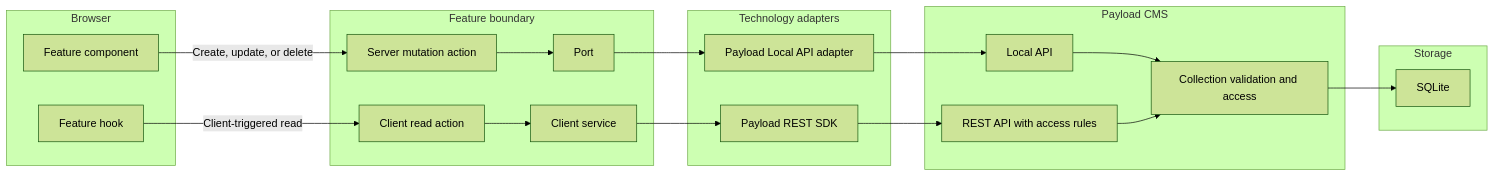
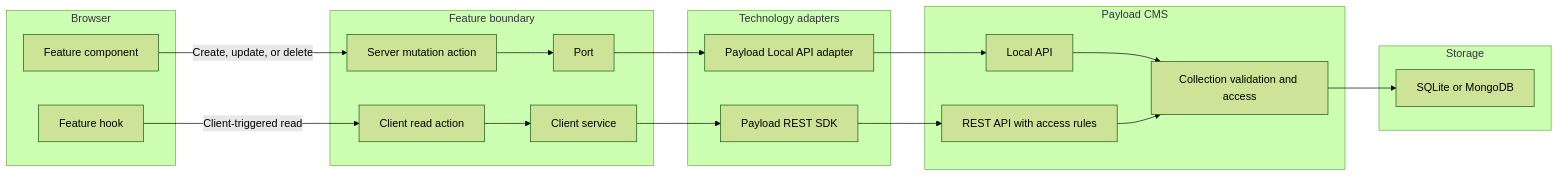
One commit to MubassirSapa/WayFinder changed the second of 6 diagrams in docs/technical/APPLICATION_ARCHITECTURE.md. Above: the diagram before and after it, drawn with Mermaid (forest theme). The commit also changed other lines of this file and 9 other files, not shown here.

````diff
--- a/docs/technical/APPLICATION_ARCHITECTURE.md
+++ b/docs/technical/APPLICATION_ARCHITECTURE.md
@@ -149,43 +151,43 @@
 ```mermaid
 flowchart LR
     subgraph browser ["Browser"]
         component["Feature component"]
         hook["Feature hook"]
     end
 
     subgraph boundary ["Feature boundary"]
         mutationAction["Server mutation action"]
         clientReadAction["Client read action"]
         featurePort["Port"]
         clientService["Client service"]
     end
 
     subgraph adapters ["Technology adapters"]
         payloadAdapter["Payload Local API adapter"]
         restSdk["Payload REST SDK"]
     end
 
     subgraph payload ["Payload CMS"]
         localApi["Local API"]
         restApi["REST API with access rules"]
         collectionValidation["Collection validation and access"]
     end
 
     subgraph storage ["Storage"]
-        database["SQLite"]
+        database["SQLite or MongoDB"]
     end
 
     component -->|"Create, update, or delete"| mutationAction
     mutationAction --> featurePort
     featurePort --> payloadAdapter
     payloadAdapter --> localApi
 
     hook -->|"Client-triggered read"| clientReadAction
     clientReadAction --> clientService
     clientService --> restSdk
     restSdk --> restApi
 
     localApi --> collectionValidation
     restApi --> collectionValidation
     collectionValidation --> database
 ```
````
